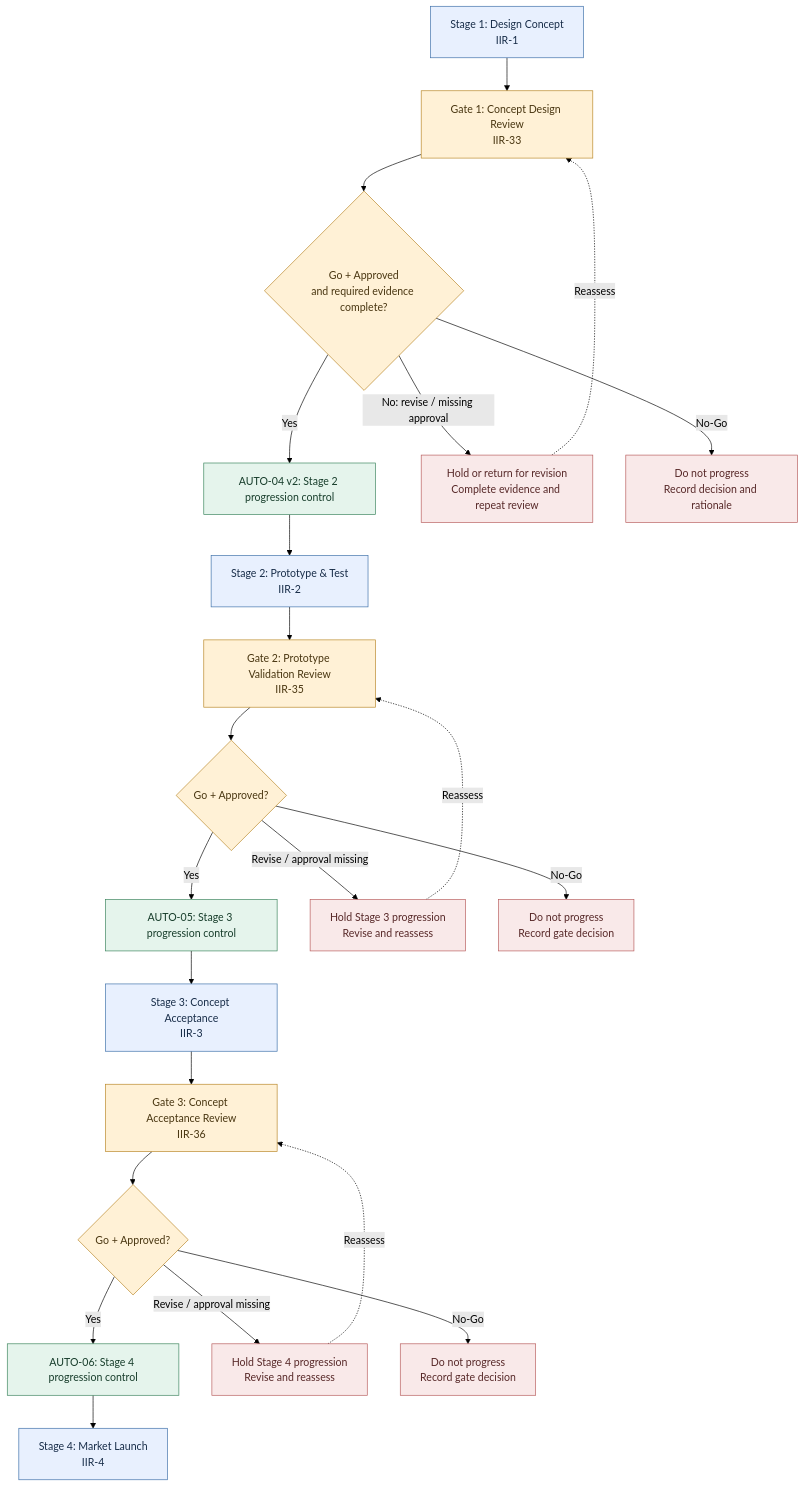
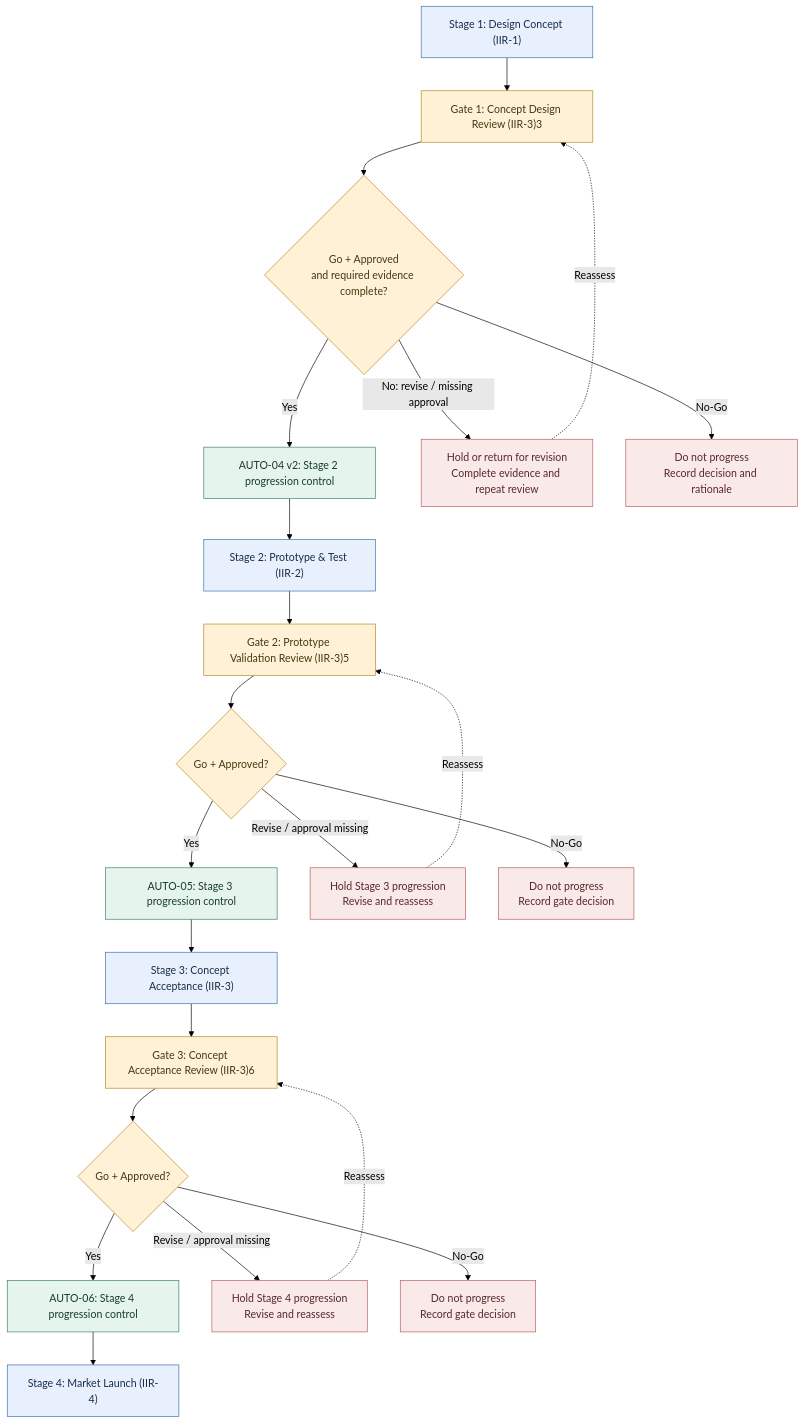
One commit to VahidMohammadii/innovation-management-system-jira changed the first of 2 diagrams in 01-system-design/conceptual-stage-gate-flow.md. Above: the diagram before and after it, drawn with Mermaid (forest theme). The commit also changed other lines of this file, not shown here.

Commit message:
docs: polish employer-readable issue names and diagram labels

````diff
--- a/01-system-design/conceptual-stage-gate-flow.md
+++ b/01-system-design/conceptual-stage-gate-flow.md
@@ -7,35 +7,35 @@
 ```mermaid
 flowchart TD
-    S1["Stage 1: Design Concept<br/>IIR-1"] --> G1["Gate 1: Concept Design Review<br/>IIR-33"]
+    S1["Stage 1: Design Concept (IIR-1)"] --> G1["Gate 1: Concept Design Review (IIR-3)3"]
     G1 --> D1{"Go + Approved<br/>and required evidence complete?"}
     D1 -- Yes --> C2["AUTO-04 v2: Stage 2 progression control"]
-    C2 --> S2["Stage 2: Prototype & Test<br/>IIR-2"]
+    C2 --> S2["Stage 2: Prototype & Test (IIR-2)"]
     D1 -- "No: revise / missing approval" --> R1["Hold or return for revision<br/>Complete evidence and repeat review"]
     R1 -. Reassess .-> G1
     D1 -- "No-Go" --> N1["Do not progress<br/>Record decision and rationale"]
 
-    S2 --> G2["Gate 2: Prototype Validation Review<br/>IIR-35"]
+    S2 --> G2["Gate 2: Prototype Validation Review (IIR-3)5"]
     G2 --> D2{"Go + Approved?"}
     D2 -- Yes --> C3["AUTO-05: Stage 3 progression control"]
-    C3 --> S3["Stage 3: Concept Acceptance<br/>IIR-3"]
+    C3 --> S3["Stage 3: Concept Acceptance (IIR-3)"]
     D2 -- "Revise / approval missing" --> R2["Hold Stage 3 progression<br/>Revise and reassess"]
     R2 -. Reassess .-> G2
     D2 -- No-Go --> N2["Do not progress<br/>Record gate decision"]
 
-    S3 --> G3["Gate 3: Concept Acceptance Review<br/>IIR-36"]
+    S3 --> G3["Gate 3: Concept Acceptance Review (IIR-3)6"]
     G3 --> D3{"Go + Approved?"}
     D3 -- Yes --> C4["AUTO-06: Stage 4 progression control"]
-    C4 --> S4["Stage 4: Market Launch<br/>IIR-4"]
+    C4 --> S4["Stage 4: Market Launch (IIR-4)"]
     D3 -- "Revise / approval missing" --> R3["Hold Stage 4 progression<br/>Revise and reassess"]
     R3 -. Reassess .-> G3
     D3 -- No-Go --> N3["Do not progress<br/>Record gate decision"]
 
     classDef stage fill:#E8F0FE,stroke:#3B6EA8,color:#182D49
     classDef gate fill:#FFF1D6,stroke:#B88625,color:#493611
     classDef control fill:#E5F4EC,stroke:#39835B,color:#173D2B
     classDef hold fill:#F9E9E9,stroke:#B75B5B,color:#572828
     class S1,S2,S3,S4 stage
     class G1,G2,G3,D1,D2,D3 gate
     class C2,C3,C4 control
     class R1,R2,R3,N1,N2,N3 hold
 ```
````
